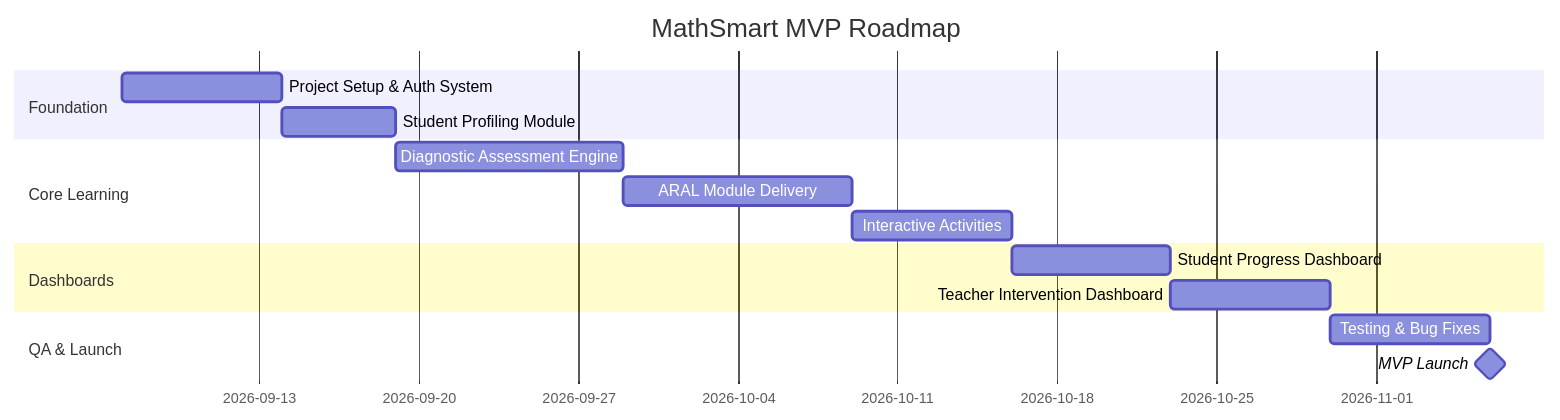
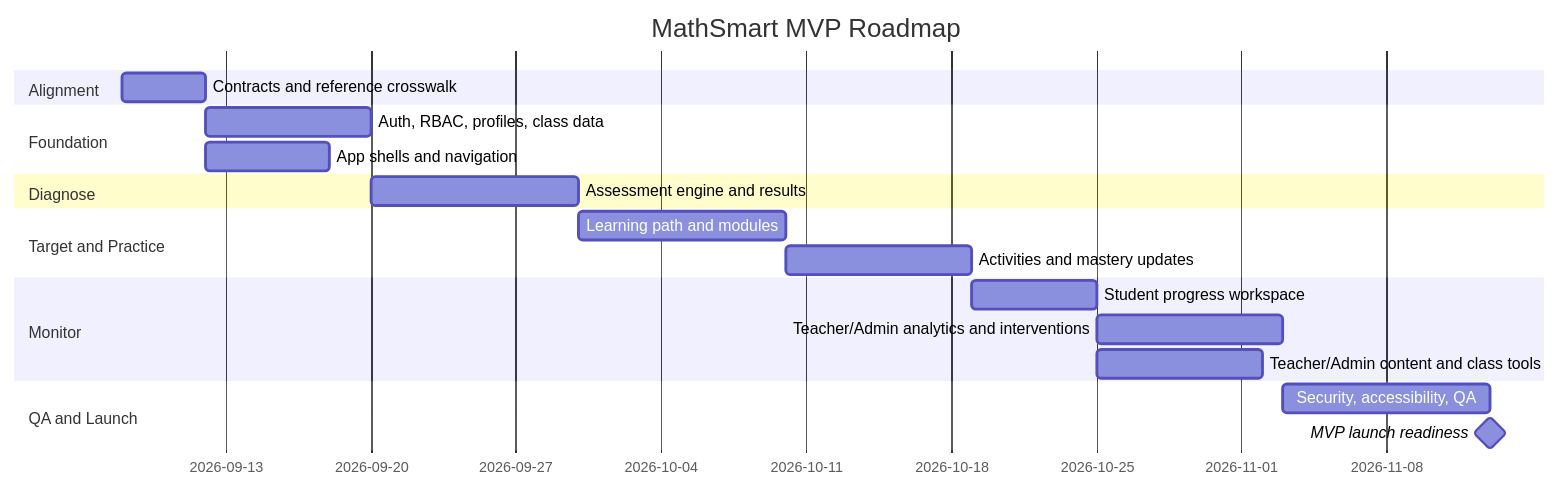
The fourth of 4 diagrams in docs/IMPLEMENTATION_PLAN.md (MathSmart-Systems/MathSmart-AI-Powered-Interactice-Learning-System), drawn with Mermaid before and after one commit. The commit also changed other lines of this file and 108 other files, not shown here.

````diff
--- a/docs/IMPLEMENTATION_PLAN.md
+++ b/docs/IMPLEMENTATION_PLAN.md
@@ -254,18 +409,22 @@
 ```mermaid
 gantt
     title MathSmart MVP Roadmap
     dateFormat  YYYY-MM-DD
+    section Alignment
+    Contracts and reference crosswalk :a0, 2026-09-08, 4d
     section Foundation
-    Project Setup & Auth System       :a1, 2026-09-07, 7d
-    Student Profiling Module          :a2, after a1, 5d
-    section Core Learning
-    Diagnostic Assessment Engine      :b1, after a2, 10d
-    ARAL Module Delivery              :b2, after b1, 10d
-    Interactive Activities            :b3, after b2, 7d
-    section Dashboards
-    Student Progress Dashboard        :c1, after b3, 7d
-    Teacher Intervention Dashboard    :c2, after c1, 7d
-    section QA & Launch
-    Testing & Bug Fixes               :d1, after c2, 7d
-    MVP Launch                        :milestone, after d1, 0d
+    Auth, RBAC, profiles, class data  :a1, after a0, 8d
+    App shells and navigation         :a2, after a0, 6d
+    section Diagnose
+    Assessment engine and results     :b1, after a1, 10d
+    section Target and Practice
+    Learning path and modules         :b2, after b1, 10d
+    Activities and mastery updates    :b3, after b2, 9d
+    section Monitor
+    Student progress workspace        :c1, after b3, 6d
+    Teacher/Admin analytics and interventions :c2, after c1, 9d
+    Teacher/Admin content and class tools      :c3, after c1, 8d
+    section QA and Launch
+    Security, accessibility, QA       :d1, after c2, 10d
+    MVP launch readiness              :milestone, after d1, 0d
 ```
````
